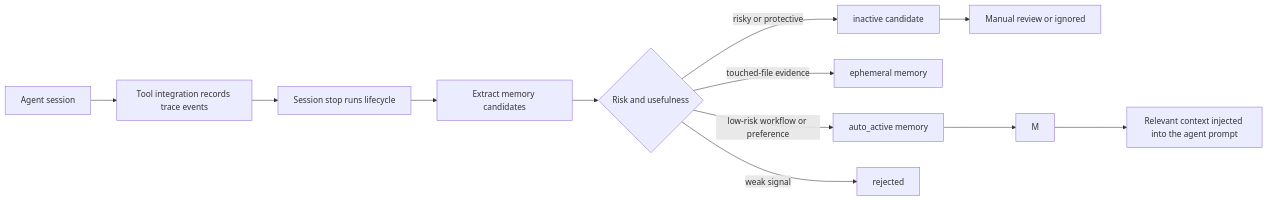
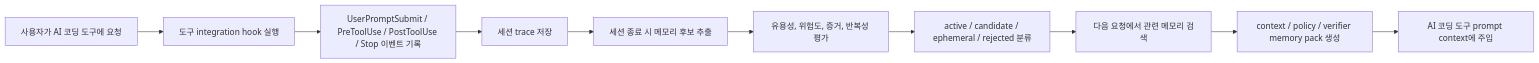
Before and after one commit to lteawoo/MemAssist: the first of 8 diagrams in README.md, drawn with Mermaid. The commit also changed other lines of this file and 24 other files, not shown here.

````diff
--- a/README.md
+++ b/README.md
@@ -30,14 +107,12 @@
 ```mermaid
 flowchart LR
-    A[Agent session] --> B[Tool integration records trace events]
-    B --> C[Session stop runs lifecycle]
-    C --> D[Extract memory candidates]
-    D --> E{Risk and usefulness}
-    E -->|low-risk workflow or preference| F[auto_active memory]
-    E -->|touched-file evidence| G[ephemeral memory]
-    E -->|risky or protective| H[inactive candidate]
-    E -->|weak signal| I[rejected]
-    H --> J[Manual review or ignored]
-    F --> M
-    M --> N[Relevant context injected into the agent prompt]
+    A[사용자가 AI 코딩 도구에 요청] --> B[도구 integration hook 실행]
+    B --> C[UserPromptSubmit / PreToolUse / PostToolUse / Stop 이벤트 기록]
+    C --> D[세션 trace 저장]
+    D --> E[세션 종료 시 메모리 후보 추출]
+    E --> F[유용성, 위험도, 증거, 반복성 평가]
+    F --> G[active / candidate / ephemeral / rejected 분류]
+    G --> H[다음 요청에서 관련 메모리 검색]
+    H --> I[context / policy / verifier memory pack 생성]
+    I --> J[AI 코딩 도구 prompt context에 주입]
 ```
````
